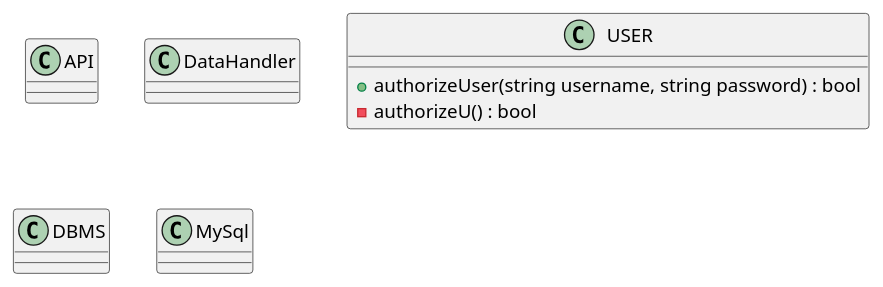
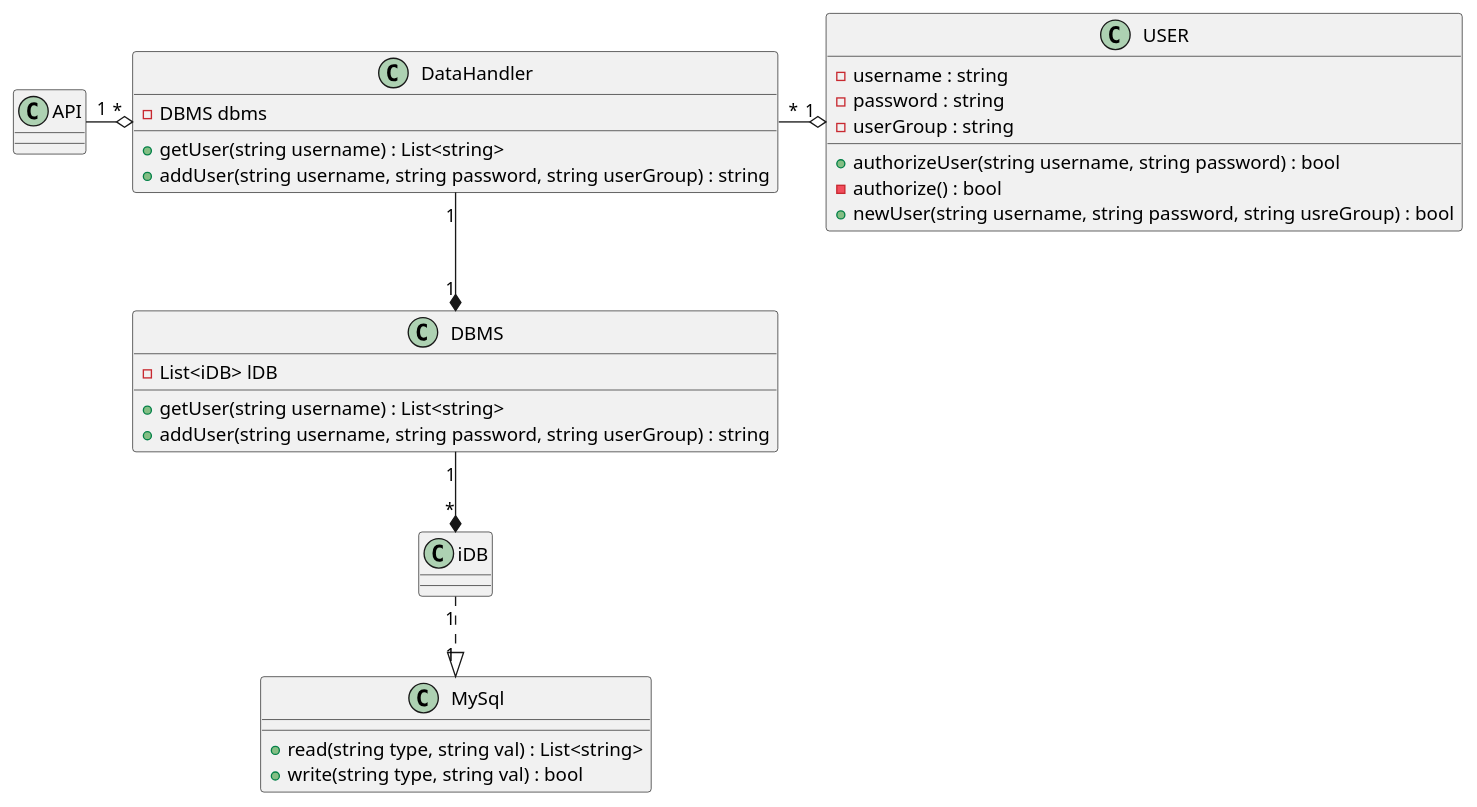
One commit to skqu/PBI24-APPII changed the fourth of 4 diagrams in README.md. Above: the diagram before and after it, drawn with PlantUML. The commit also changed 7 other files, not shown here.

```diff
--- a/README.md
+++ b/README.md
@@ -137,22 +137,39 @@
 @startuml
 class API
 {
+
 }
 class DataHandler
 {
-   
+    - DBMS dbms
+   + getUser(string username) : List<string>
+   + addUser(string username, string password, string userGroup) : string
 }
 class USER
 {
+    - username : string
+    - password : string
+    - userGroup : string
     + authorizeUser(string username, string password) : bool
-    - authorizeU() : bool
+    - authorize() : bool
+    + newUser(string username, string password, string usreGroup) : bool
 }
 class DBMS
 {
-
+    - List<iDB> lDB
+    + getUser(string username) : List<string>
+    + addUser(string username, string password, string userGroup) : string
 }
 class MySql
 {
+    + read(string type, string val) : List<string>
+    + write(string type, string val) : bool
+}
 
-}
+API "1" -right-o "*" DataHandler
+DataHandler "*" -right-o "1" USER
+DataHandler "1" --* "1" DBMS
+DBMS "1" --* "*" iDB
+iDB "1" ..|> "1" MySql
+
 @enduml
```
